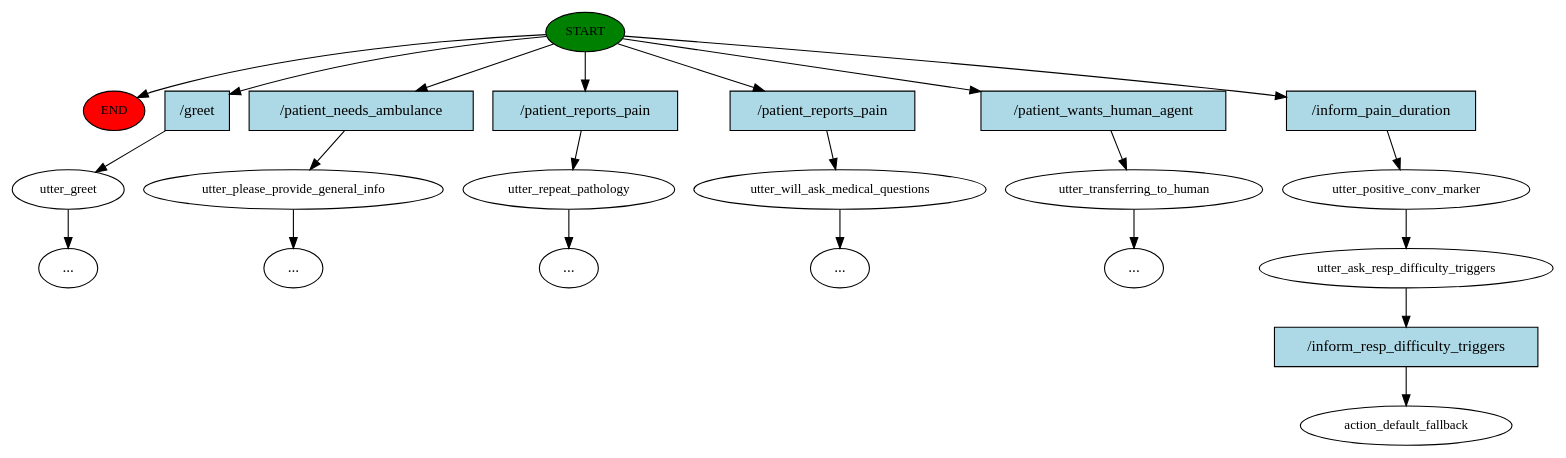
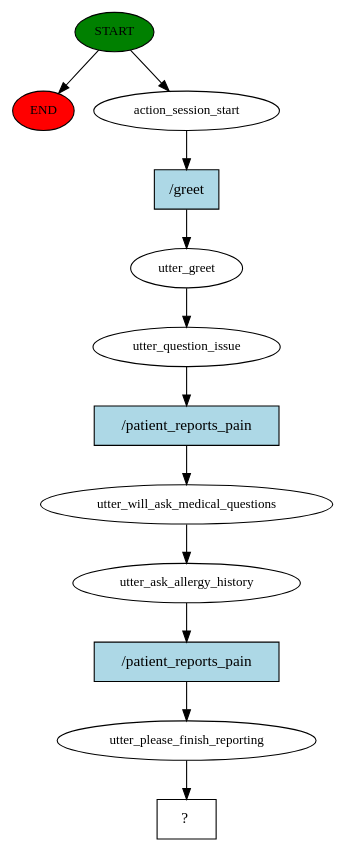
One commit to halixness/HMD-Dispatcher changed the diagram in story_graph.dot. Above: the diagram before and after it, drawn with Graphviz. The commit also changed 9 other files, not shown here.

```diff
--- a/story_graph.dot
+++ b/story_graph.dot
@@ -1,45 +1,25 @@
 digraph  {
 0 [class="start active", fillcolor=green, fontsize=12, label=START, style=filled];
 "-1" [class=end, fillcolor=red, fontsize=12, label=END, style=filled];
-1 [class="", fontsize=12, label=utter_greet];
-"-4" [class=ellipsis, label="..."];
-3 [class="", fontsize=12, label=utter_please_provide_general_info];
-"-5" [class=ellipsis, label="..."];
-4 [class="", fontsize=12, label=utter_repeat_pathology];
-"-6" [class=ellipsis, label="..."];
-5 [class="", fontsize=12, label=utter_will_ask_medical_questions];
-"-27" [class=ellipsis, label="..."];
-26 [class="", fontsize=12, label=utter_transferring_to_human];
-"-28" [class=ellipsis, label="..."];
-27 [class=active, fontsize=12, label=utter_positive_conv_marker];
-28 [class=active, fontsize=12, label=utter_ask_resp_difficulty_triggers];
-29 [class="dashed active", fontsize=12, label=action_default_fallback];
-30 [class=intent, fillcolor=lightblue, label="/greet", shape=rect, style=filled];
-31 [class=intent, fillcolor=lightblue, label="/patient_needs_ambulance", shape=rect, style=filled];
-32 [class=intent, fillcolor=lightblue, label="/patient_reports_pain", shape=rect, style=filled];
-33 [class=intent, fillcolor=lightblue, label="/patient_reports_pain", shape=rect, style=filled];
-34 [class=intent, fillcolor=lightblue, label="/patient_wants_human_agent", shape=rect, style=filled];
-35 [class="intent active", fillcolor=lightblue, label="/inform_pain_duration", shape=rect, style=filled];
-36 [class="intent active", fillcolor=lightblue, label="/inform_resp_difficulty_triggers", shape=rect, style=filled];
+1 [class=active, fontsize=12, label=action_session_start];
+2 [class=active, fontsize=12, label=utter_greet];
+3 [class=active, fontsize=12, label=utter_question_issue];
+4 [class=active, fontsize=12, label=utter_will_ask_medical_questions];
+5 [class=active, fontsize=12, label=utter_ask_allergy_history];
+6 [class=active, fontsize=12, label=utter_please_finish_reporting];
+7 [class="intent dashed active", label="  ?  ", shape=rect];
+8 [class="intent active", fillcolor=lightblue, label="/greet", shape=rect, style=filled];
+9 [class="intent active", fillcolor=lightblue, label="/patient_reports_pain", shape=rect, style=filled];
+10 [class="intent active", fillcolor=lightblue, label="/patient_reports_pain", shape=rect, style=filled];
 0 -> "-1"  [class="", key=NONE, label=""];
-0 -> 30  [class="", key=0];
-0 -> 31  [class="", key=0];
-0 -> 32  [class="", key=0];
-0 -> 33  [class="", key=0];
-0 -> 34  [class="", key=0];
-0 -> 35  [class=active, key=0];
-1 -> "-4"  [class="", key=NONE, label=""];
-3 -> "-5"  [class="", key=NONE, label=""];
-4 -> "-6"  [class="", key=NONE, label=""];
-5 -> "-27"  [class="", key=NONE, label=""];
-26 -> "-28"  [class="", key=NONE, label=""];
-27 -> 28  [class=active, key=NONE, label=""];
-28 -> 36  [class=active, key=0];
-30 -> 1  [class="", key=0];
-31 -> 3  [class="", key=0];
-32 -> 4  [class="", key=0];
-33 -> 5  [class="", key=0];
-34 -> 26  [class="", key=0];
-35 -> 27  [class=active, key=0];
-36 -> 29  [class=active, key=0];
+0 -> 1  [class=active, key=NONE, label=""];
+1 -> 8  [class=active, key=0];
+2 -> 3  [class=active, key=NONE, label=""];
+3 -> 9  [class=active, key=0];
+4 -> 5  [class=active, key=NONE, label=""];
+5 -> 10  [class=active, key=0];
+6 -> 7  [class=active, key=NONE, label=""];
+8 -> 2  [class=active, key=0];
+9 -> 4  [class=active, key=0];
+10 -> 6  [class=active, key=0];
 }
```
